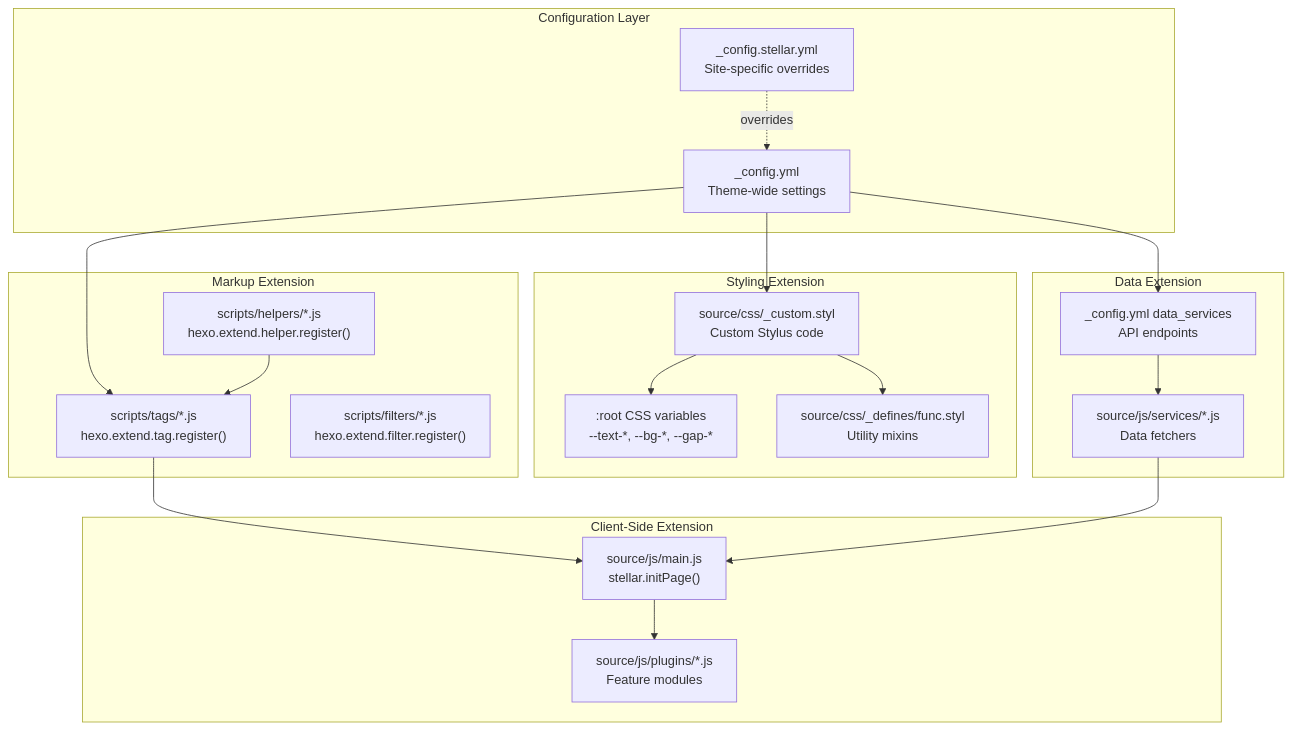
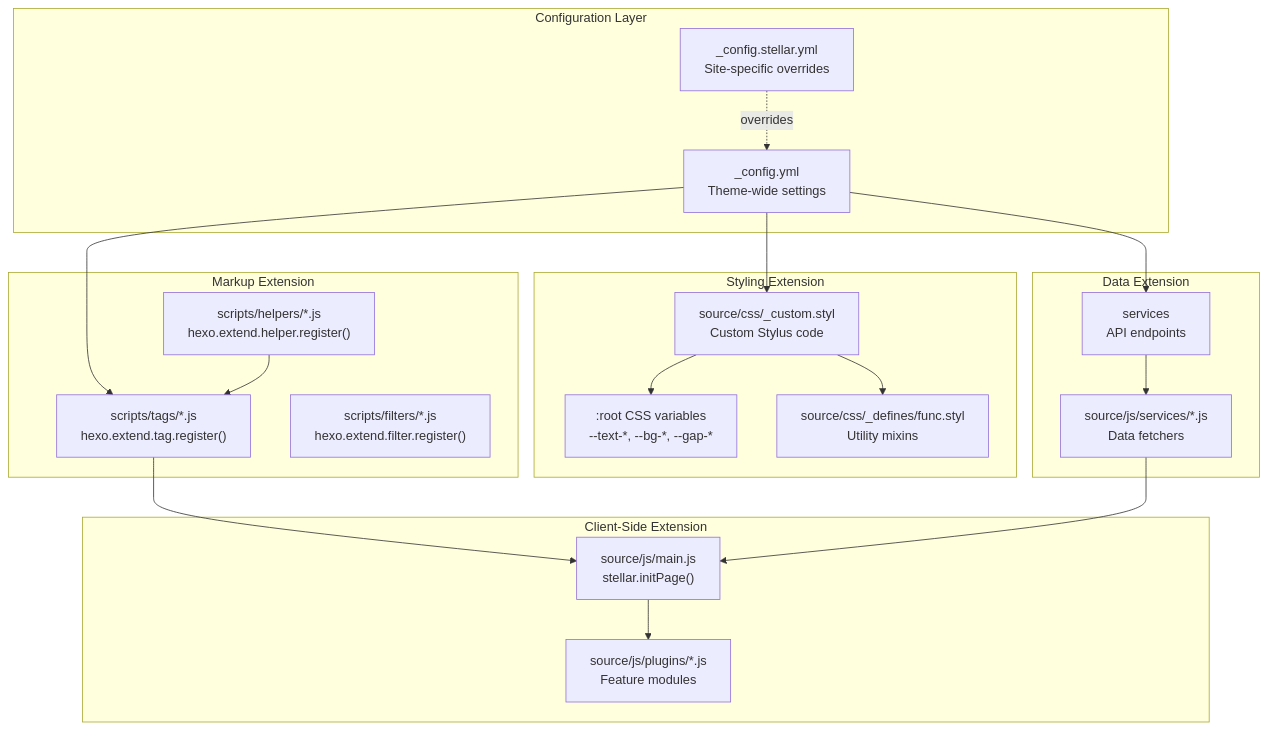
The first of 3 diagrams in docs/knowledge/09-高级主题/advanced-overview.md (xaoxuu/hexo-theme-stellar), drawn with Mermaid before and after one commit. The commit also changed other lines of this file and 861 other files, not shown here.

````diff
--- a/docs/knowledge/09-高级主题/advanced-overview.md
+++ b/docs/knowledge/09-高级主题/advanced-overview.md
@@ -37,45 +37,45 @@
 ```mermaid
 graph TB
     subgraph "Configuration Layer"
         ConfigYML["_config.yml<br/>Theme-wide settings"]
         ThemeConfig["_config.stellar.yml<br/>Site-specific overrides"]
     end
     
     subgraph "Styling Extension"
         CustomStyl["source/css/_custom.styl<br/>Custom Stylus code"]
         CSSVars[":root CSS variables<br/>--text-*, --bg-*, --gap-*"]
         FuncStyl["source/css/_defines/func.styl<br/>Utility mixins"]
     end
     
     subgraph "Markup Extension"
         TagPlugins["scripts/tags/*.js<br/>hexo.extend.tag.register()"]
         Helpers["scripts/helpers/*.js<br/>hexo.extend.helper.register()"]
         Filters["scripts/filters/*.js<br/>hexo.extend.filter.register()"]
     end
     
     subgraph "Client-Side Extension"
         MainJS["source/js/main.js<br/>stellar.initPage()"]
         PluginScripts["source/js/plugins/*.js<br/>Feature modules"]
     end
     
     subgraph "Data Extension"
-        DataServices["_config.yml data_services<br/>API endpoints"]
+        DataServices["services<br/>API endpoints"]
         DataJS["source/js/services/*.js<br/>Data fetchers"]
     end
     
     ConfigYML --> CustomStyl
     ConfigYML --> TagPlugins
     ConfigYML --> DataServices
     ThemeConfig -.overrides.-> ConfigYML
     
     CustomStyl --> FuncStyl
     CustomStyl --> CSSVars
     
     TagPlugins --> MainJS
     Helpers --> TagPlugins
     
     MainJS --> PluginScripts
     
     DataServices --> DataJS
     DataJS --> MainJS
 ```
````
